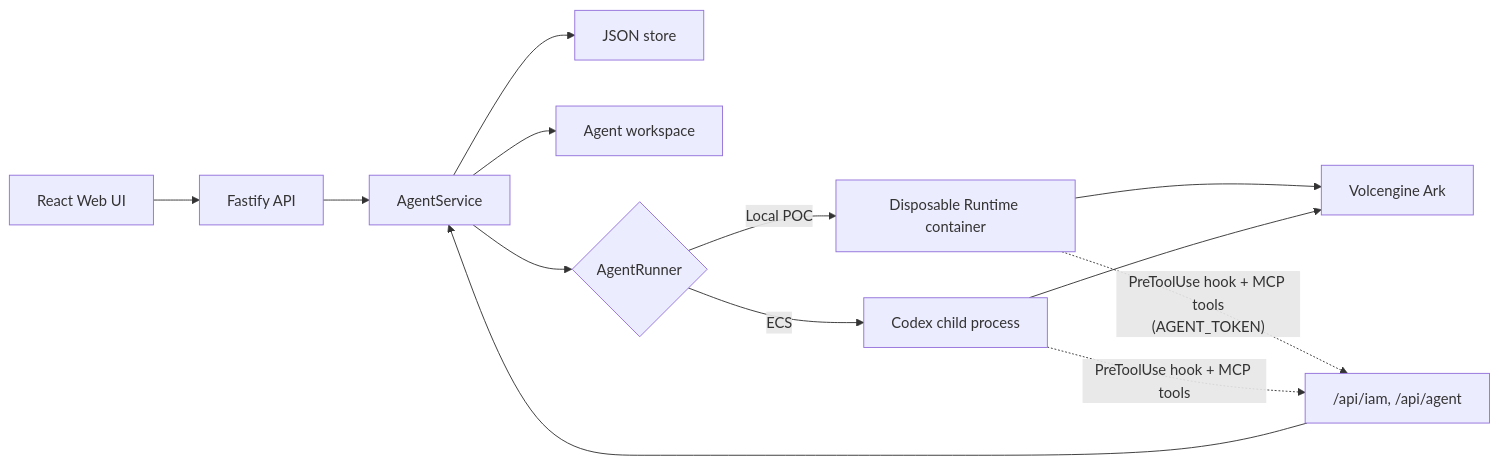
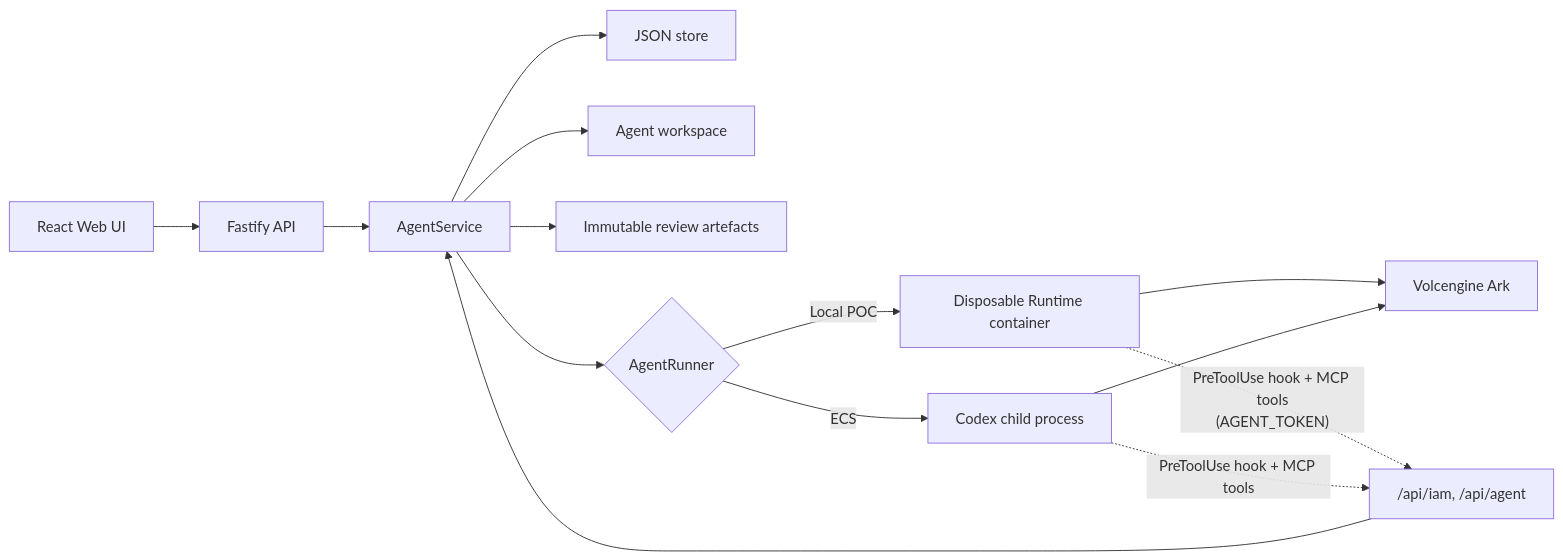
One commit to bipplane/KRYXstal changed the diagram in docs/ARCHITECTURE.md. Above: the diagram before and after it, drawn with Mermaid. The commit also changed other lines of this file and 5 other files, not shown here.

````diff
--- a/docs/ARCHITECTURE.md
+++ b/docs/ARCHITECTURE.md
@@ -5,15 +5,16 @@
 ```mermaid
 flowchart LR
     UI["React Web UI"] --> API["Fastify API"]
     API --> Service["AgentService"]
     Service --> Store["JSON store"]
     Service --> Workspace["Agent workspace"]
+    Service --> Artefacts["Immutable review artefacts"]
     Service --> Runner{"AgentRunner"}
     Runner -->|Local POC| Container["Disposable Runtime container"]
     Runner -->|ECS| Process["Codex child process"]
     Container --> Ark["Volcengine Ark"]
     Process --> Ark
     Container -. "PreToolUse hook + MCP tools\n(AGENT_TOKEN)" .-> IAM["/api/iam, /api/agent"]
     Process -. "PreToolUse hook + MCP tools" .-> IAM
     IAM --> Service
 ```
````
